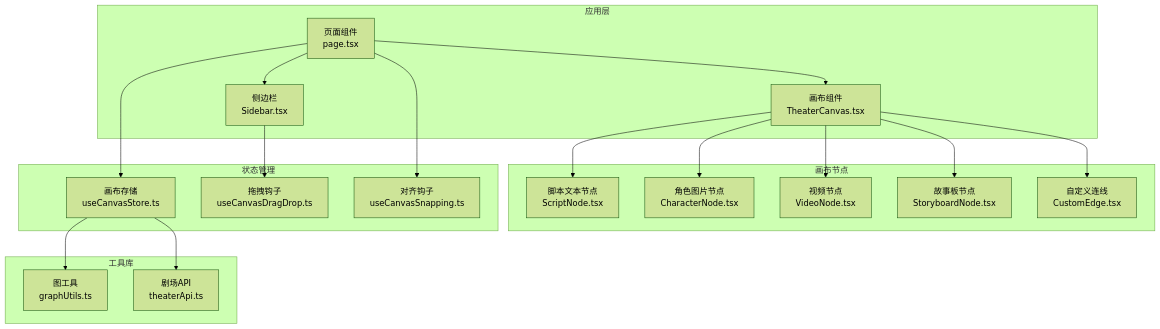
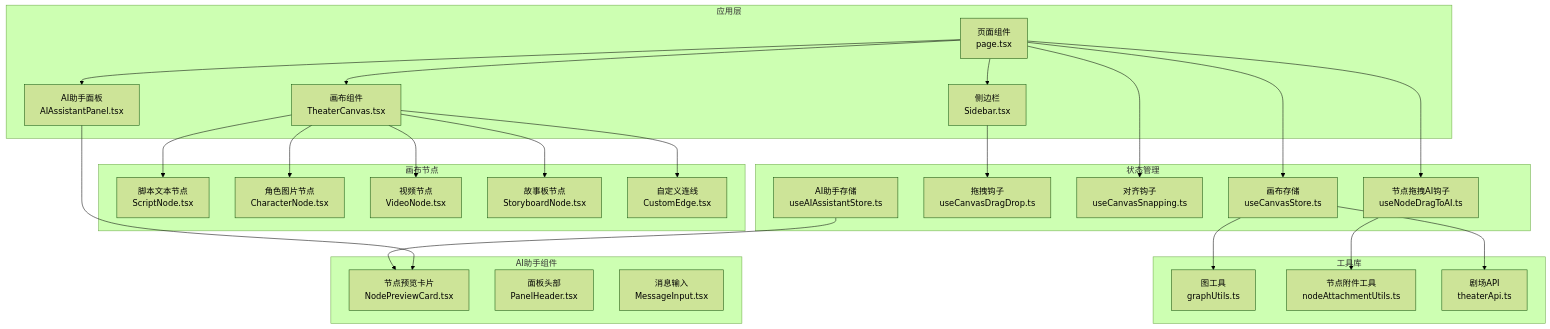
Before and after one commit to KunLabAI/KunFlix: the first of 15 diagrams in .qoder/repowiki/zh/content/Canvas Drag Drop Enhancements.md, drawn with Mermaid (forest theme). The commit also changed other lines of this file and 31 other files, not shown here.

````diff
--- a/.qoder/repowiki/zh/content/Canvas Drag Drop Enhancements.md
+++ b/.qoder/repowiki/zh/content/Canvas Drag Drop Enhancements.md
@@ -48,36 +67,50 @@
 ```mermaid
 graph TB
 subgraph "应用层"
 A[页面组件<br/>page.tsx]
 B[画布组件<br/>TheaterCanvas.tsx]
 C[侧边栏<br/>Sidebar.tsx]
+D[AI助手面板<br/>AIAssistantPanel.tsx]
 end
 subgraph "画布节点"
-D[脚本文本节点<br/>ScriptNode.tsx]
-E[角色图片节点<br/>CharacterNode.tsx]
-F[视频节点<br/>VideoNode.tsx]
-G[故事板节点<br/>StoryboardNode.tsx]
-H[自定义连线<br/>CustomEdge.tsx]
+E[脚本文本节点<br/>ScriptNode.tsx]
+F[角色图片节点<br/>CharacterNode.tsx]
+G[视频节点<br/>VideoNode.tsx]
+H[故事板节点<br/>StoryboardNode.tsx]
+I[自定义连线<br/>CustomEdge.tsx]
 end
 subgraph "状态管理"
-I[画布存储<br/>useCanvasStore.ts]
-J[拖拽钩子<br/>useCanvasDragDrop.ts]
-K[对齐钩子<br/>useCanvasSnapping.ts]
+J[画布存储<br/>useCanvasStore.ts]
+K[拖拽钩子<br/>useCanvasDragDrop.ts]
+L[对齐钩子<br/>useCanvasSnapping.ts]
+M[AI助手存储<br/>useAIAssistantStore.ts]
+N[节点拖拽AI钩子<br/>useNodeDragToAI.ts]
 end
 subgraph "工具库"
-L[图工具<br/>graphUtils.ts]
-M[剧场API<br/>theaterApi.ts]
+O[图工具<br/>graphUtils.ts]
+P[节点附件工具<br/>nodeAttachmentUtils.ts]
+Q[剧场API<br/>theaterApi.ts]
+end
+subgraph "AI助手组件"
+R[节点预览卡片<br/>NodePreviewCard.tsx]
+S[面板头部<br/>PanelHeader.tsx]
+T[消息输入<br/>MessageInput.tsx]
 end
 A --> C
 A --> B
-B --> D
+A --> D
 B --> E
 B --> F
 B --> G
 B --> H
-A --> I
-C --> J
-A --> K
-I --> L
-I --> M
+B --> I
+A --> J
+C --> K
+A --> L
+A --> N
+J --> O
+J --> Q
+M --> R
+N --> P
+D --> R
 ```
````
